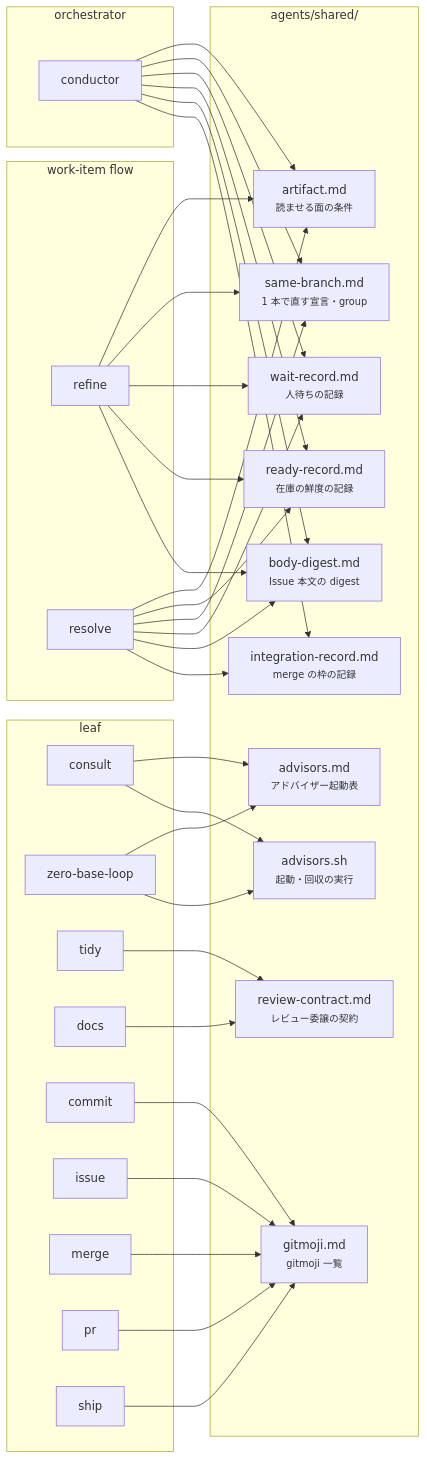
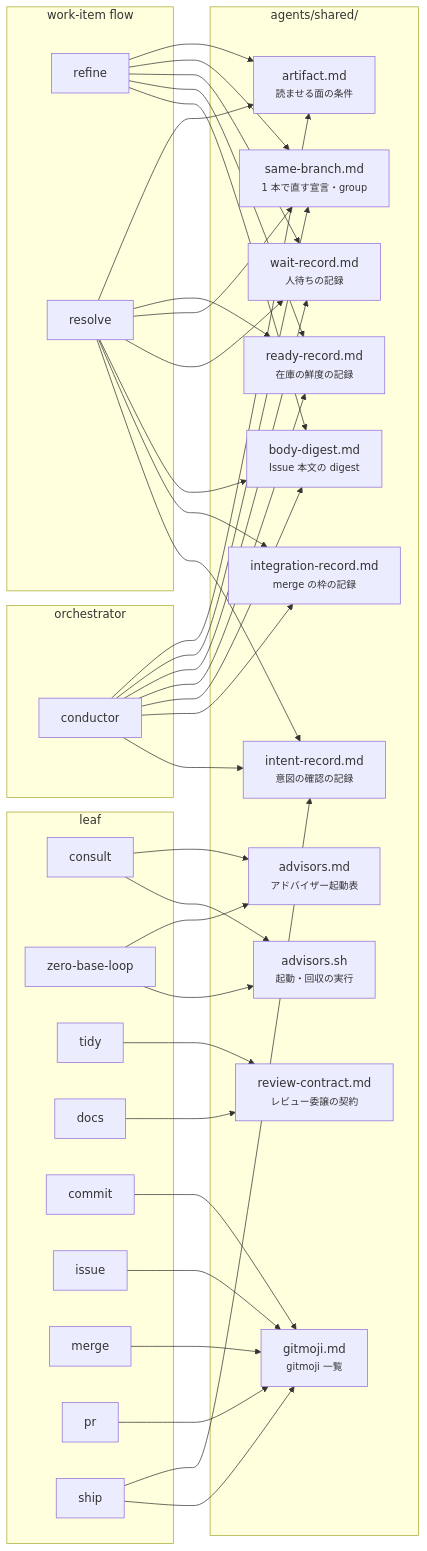
Before and after one commit to usagizmo/agentfiles: the third of 3 diagrams in agents/docs/structure.md, drawn with Mermaid. The commit also changed 10 other files, not shown here.

First line of the commit message:
🥅 [agents] 意図の確認が済んだことを外部化し、着地の前に確かめる

````diff
--- a/agents/docs/structure.md
+++ b/agents/docs/structure.md
@@ -79,62 +79,66 @@
 ```mermaid
 flowchart LR
     subgraph orch["orchestrator"]
         CO[conductor]
     end
     subgraph flow["work-item flow"]
         RF[refine]
         RS[resolve]
     end
     subgraph leaf["leaf"]
         CS[consult]
         ZB[zero-base-loop]
         TD[tidy]
         DC[docs]
         CM[commit]
         IS[issue]
         ME[merge]
         PR[pr]
         SH[ship]
     end
     subgraph shared["agents/shared/"]
         SB["same-branch.md<br/><small>1 本で直す宣言・group</small>"]
         WR["wait-record.md<br/><small>人待ちの記録</small>"]
         RR["ready-record.md<br/><small>在庫の鮮度の記録</small>"]
         BD["body-digest.md<br/><small>Issue 本文の digest</small>"]
         RC["review-contract.md<br/><small>レビュー委譲の契約</small>"]
         AF["artifact.md<br/><small>読ませる面の条件</small>"]
         IR["integration-record.md<br/><small>merge の枠の記録</small>"]
+        IT["intent-record.md<br/><small>意図の確認の記録</small>"]
         AD["advisors.md<br/><small>アドバイザー起動表</small>"]
         AS["advisors.sh<br/><small>起動・回収の実行</small>"]
         GM["gitmoji.md<br/><small>gitmoji 一覧</small>"]
     end
 
     RF --> AF
     RS --> AF
     CO --> AF
     CO --> SB
     CO --> WR
     CO --> RR
     CO --> BD
     RF --> SB
     RF --> WR
     RF --> RR
     RS --> RR
     ME --> GM
     RF --> BD
     RS --> SB
     RS --> WR
     RS --> BD
     CO --> IR
     RS --> IR
+    CO --> IT
+    RS --> IT
+    SH --> IT
     CS --> AD
     CS --> AS
     ZB --> AD
     ZB --> AS
     TD --> RC
     DC --> RC
     CM --> GM
     IS --> GM
     PR --> GM
     SH --> GM
 ```
````
